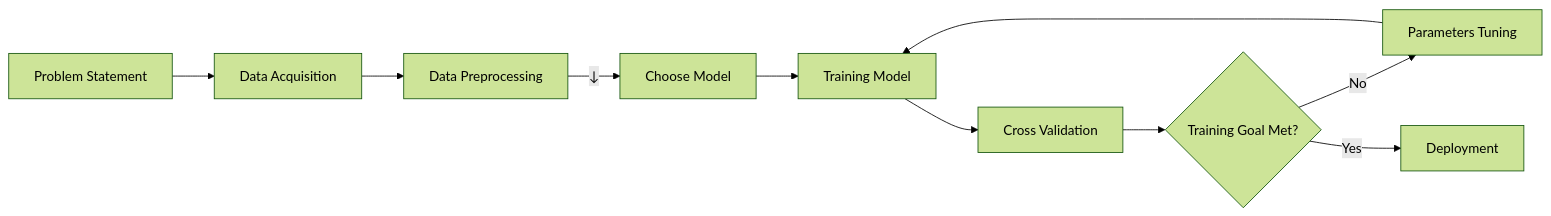
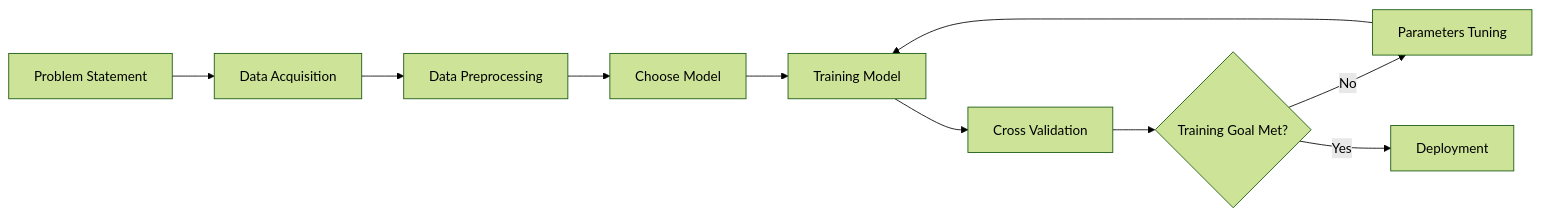
One commit to Yohansgit/Machine-Learning_Models_Projects changed the first of 3 diagrams in flowchart_test-1.md. Above: the diagram before and after it, drawn with Mermaid (forest theme).

Commit message:
Fix flowchart arrow representation in markdown

````diff
--- a/flowchart_test-1.md
+++ b/flowchart_test-1.md
@@ -1,16 +1,16 @@
 ```mermaid
 flowchart LR
     %% Top horizontal row
     A[Problem Statement] --> B[Data Acquisition] --> C[Data Preprocessing]
 
     %% Downward arrow to choose model 
-    C -->|↓| D[Choose Model]
+    C --> D[Choose Model]
 
     %% Training workflow
         D --> E[Training Model]
         E --> F[Cross Validation]
         F --> G{Training Goal Met?}
         G -- No --> H[Parameters Tuning]
         H --> E
         G -- Yes --> I[Deployment]
 ```
````
